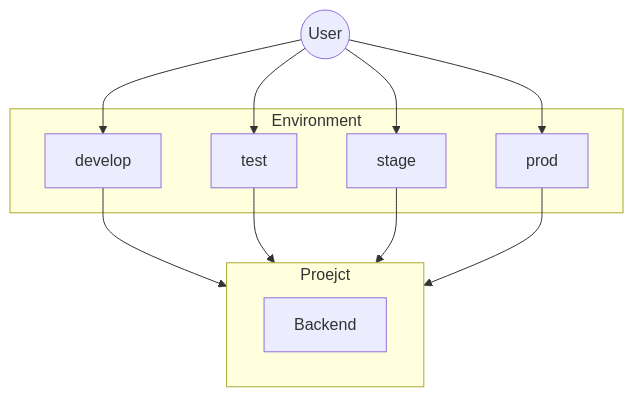
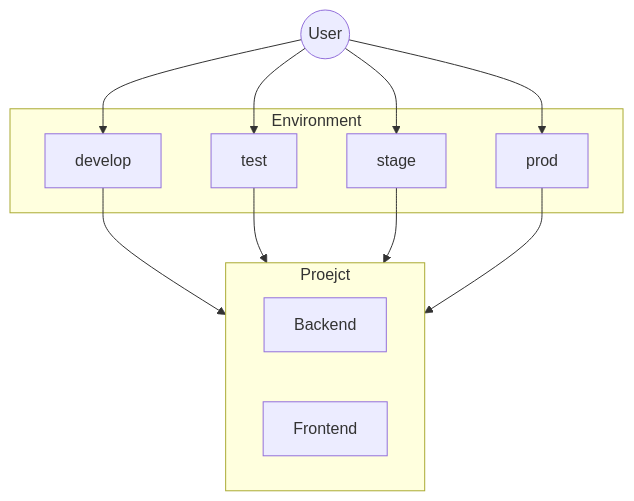
Before and after one commit to OfficialApurvChatur/POC07: the fourth of 4 diagrams in Readme.md, drawn with Mermaid. The commit also changed other lines of this file and 7 other files, not shown here.

````diff
--- a/Readme.md
+++ b/Readme.md
@@ -66,22 +66,23 @@
 ```mermaid
   flowchart
     User(("User"))
     subgraph Environment["Environment"]
       develop["develop"]
       test["test"]
       stage["stage"]
       prod["prod"]
     end
     subgraph Project["Proejct"]
       Backend["Backend"]
+      Frontend["Frontend"]
     end
 
     User --> develop
       develop --> Project
     User --> test
       test --> Project
     User --> stage
       stage --> Project
     User --> prod
       prod --> Project
 ```
````
